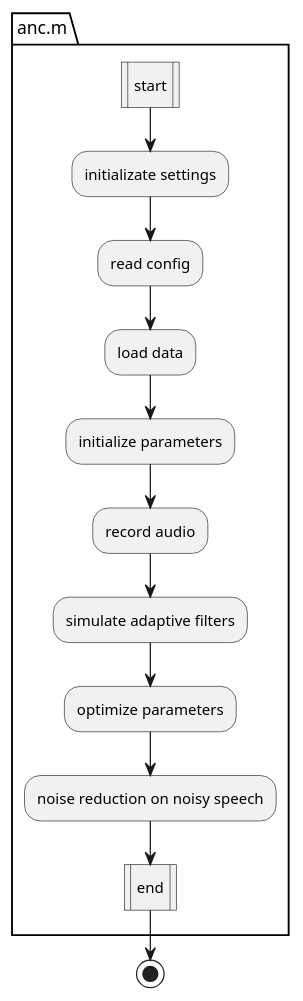
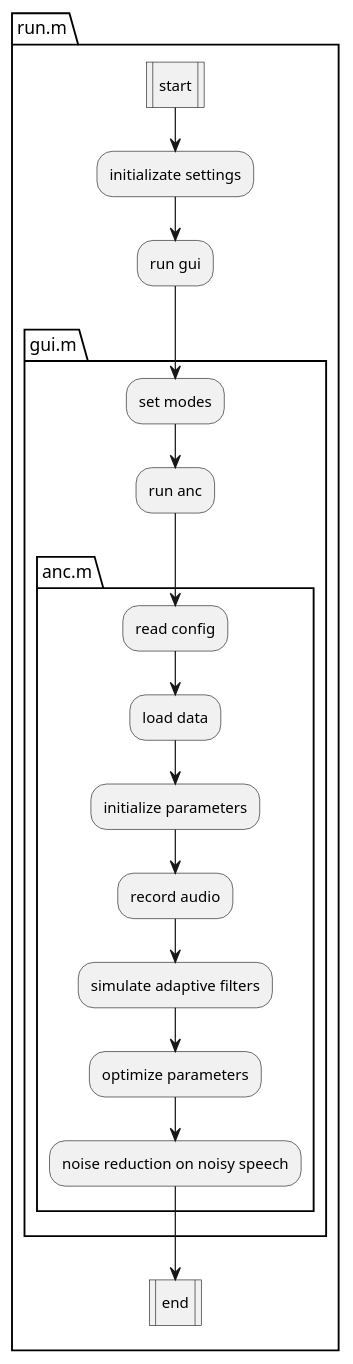
The diagram in flowchart.wsd (Aketirani/active-noise-cancellation), drawn with PlantUML before and after one commit. The commit also changed 11 other files, not shown here.

```diff
--- a/flowchart.wsd
+++ b/flowchart.wsd
@@ -1,16 +1,22 @@
 @startuml Pipeline Flowchart
 |ANC|
-package "anc.m" {
+package "run.m" {
     :start|
     :initializate settings;
-    :read config;
-    :load data;
-    :initialize parameters;
-    :record audio;
-    :simulate adaptive filters;
-    :optimize parameters;
-    :noise reduction on noisy speech;
+    :run gui;
+    package "gui.m" {
+        :set modes;
+        :run anc;
+        package "anc.m" {
+            :read config;
+            :load data;
+            :initialize parameters;
+            :record audio;
+            :simulate adaptive filters;
+            :optimize parameters;
+            :noise reduction on noisy speech;
+        }
+    }
     :end|
 }
-stop
 @enduml
```
